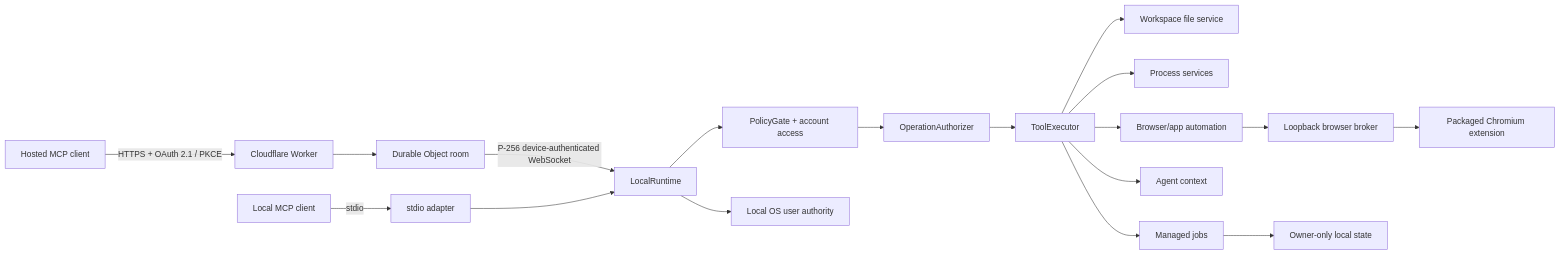
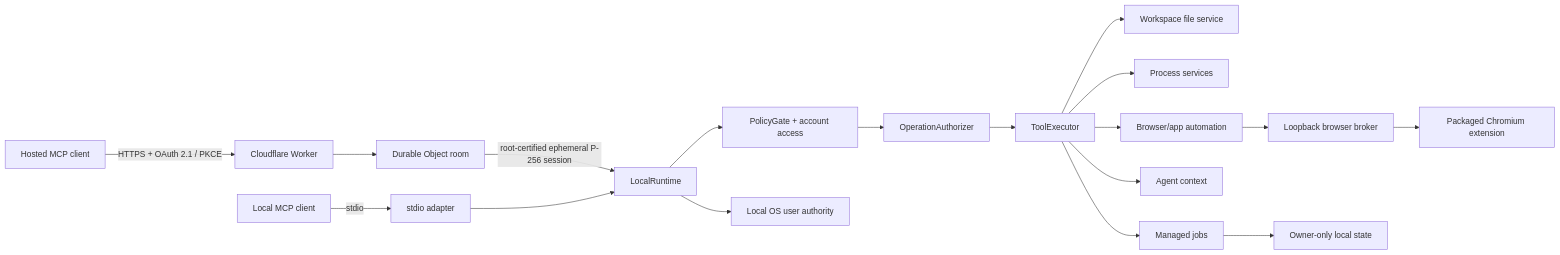
The diagram in docs/OVERVIEW.md (YuLeiFuYun/machine-bridge-mcp), drawn with Mermaid before and after one commit. The commit also changed other lines of this file and 201 other files, not shown here.

````diff
--- a/docs/OVERVIEW.md
+++ b/docs/OVERVIEW.md
@@ -14,24 +14,24 @@
 ```mermaid
 flowchart LR
   HC[Hosted MCP client] -->|HTTPS + OAuth 2.1 / PKCE| W[Cloudflare Worker]
   W --> DO[Durable Object room]
-  DO -->|P-256 device-authenticated WebSocket| R[LocalRuntime]
+  DO -->|root-certified ephemeral P-256 session| R[LocalRuntime]
 
   LC[Local MCP client] -->|stdio| S[stdio adapter]
   S --> R
 
   R --> PG[PolicyGate + account access]
   PG --> OA[OperationAuthorizer]
   OA --> TE[ToolExecutor]
   TE --> FS[Workspace file service]
   TE --> PS[Process services]
   TE --> MJ[Managed jobs]
   TE --> AC[Agent context]
   TE --> BA[Browser/app automation]
 
   BA --> BB[Loopback browser broker]
   BB --> EX[Packaged Chromium extension]
 
   R --> OS[Local OS user authority]
   MJ --> ST[Owner-only local state]
 ```
````
